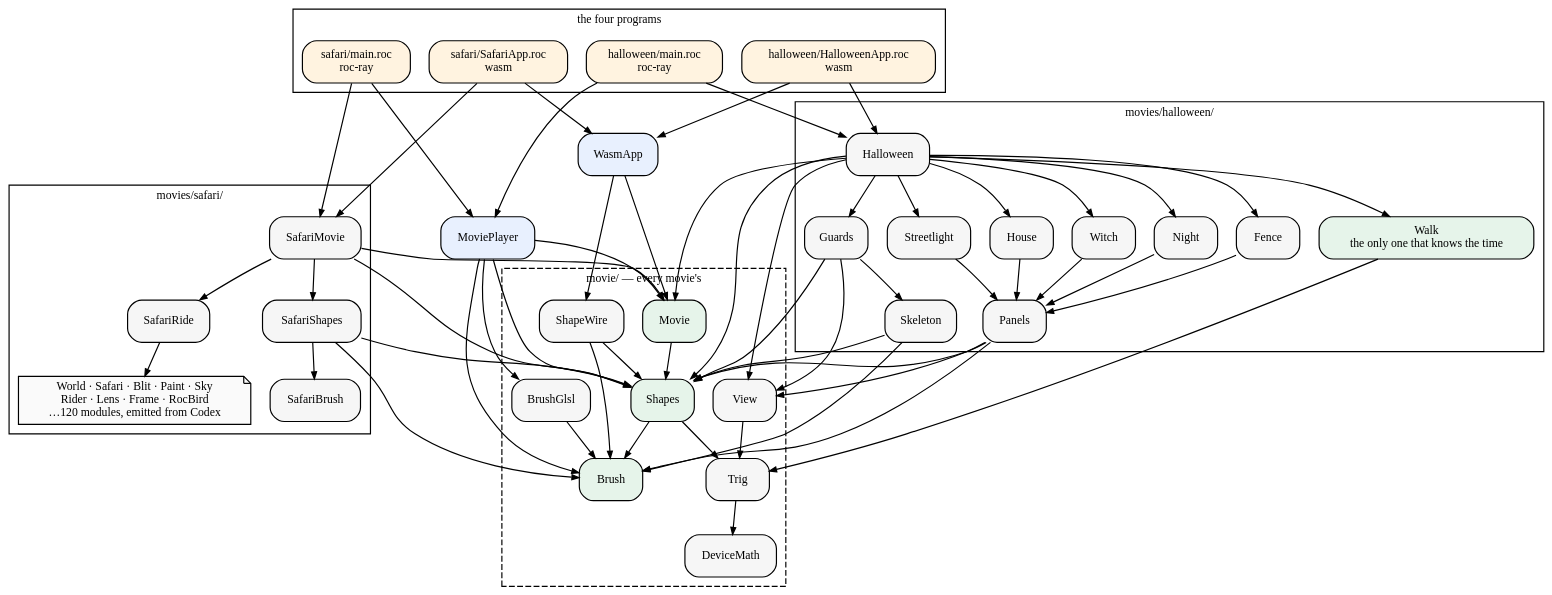
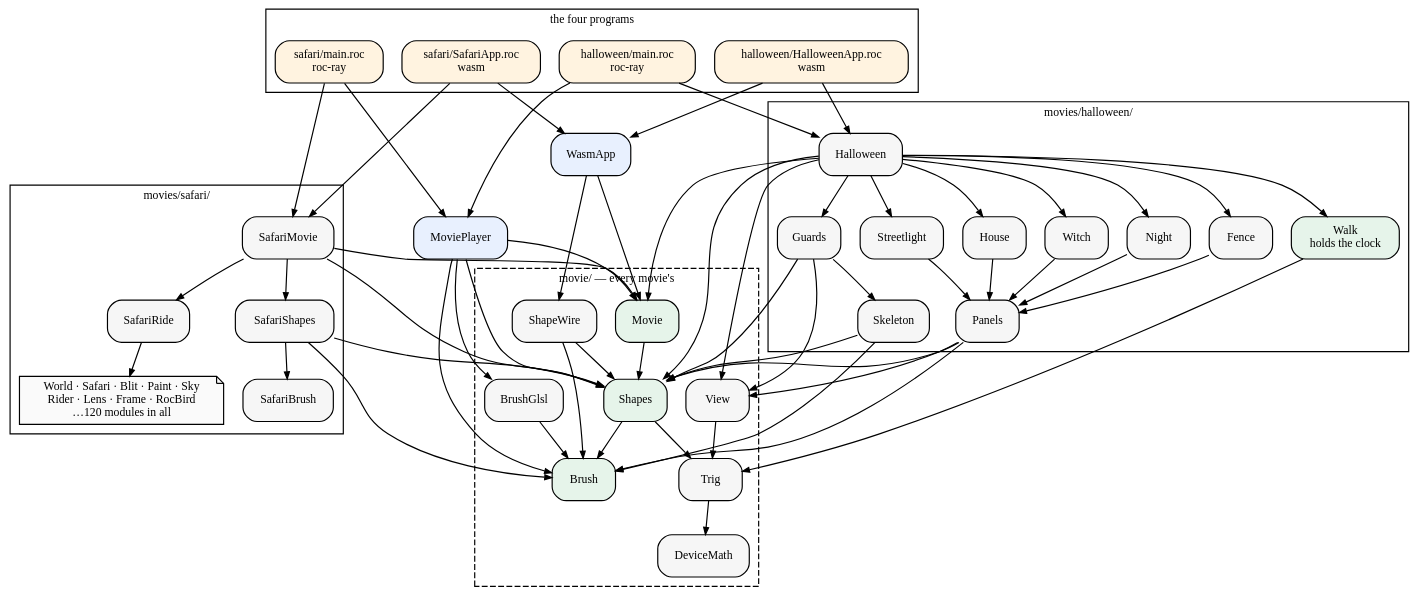
One commit to showell/essay-repl-server changed the third of 5 diagrams in notes/four-movies-one-seam.md. Above: the diagram before and after it, drawn with Graphviz. The commit also changed other lines of this file, not shown here.

````diff
--- a/notes/four-movies-one-seam.md
+++ b/notes/four-movies-one-seam.md
@@ -203,75 +211,75 @@
 ```dot
 digraph deps {
   rankdir=TB; bgcolor="transparent"; compound=true;
   nodesep=0.22; ranksep=0.40;
   node [shape=box, style="rounded,filled", fillcolor="#f6f6f6", color="#999", fontsize=10];
   edge [color="#888", arrowsize=0.6];
 
   subgraph cluster_entry {
     label="the four programs"; color="#ccc"; fontsize=10;
     sray  [label="safari/main.roc\nroc-ray", fillcolor="#fff3e0"];
     swasm [label="safari/SafariApp.roc\nwasm", fillcolor="#fff3e0"];
     hray  [label="halloween/main.roc\nroc-ray", fillcolor="#fff3e0"];
     hwasm [label="halloween/HalloweenApp.roc\nwasm", fillcolor="#fff3e0"];
   }
 
   mp [label="MoviePlayer", fillcolor="#e8f0fe"];
   wa [label="WasmApp", fillcolor="#e8f0fe"];
 
   subgraph cluster_safari {
     label="movies/safari/"; color="#ccc"; fontsize=10;
     smv  [label="SafariMovie"];
     srd  [label="SafariRide"];
     ssh  [label="SafariShapes"];
     sbr  [label="SafariBrush"];
-    rest [label="World · Safari · Blit · Paint · Sky\nRider · Lens · Frame · RocBird\n…120 modules, emitted from Codex", shape=note, fillcolor="#fafafa"];
+    rest [label="World · Safari · Blit · Paint · Sky\nRider · Lens · Frame · RocBird\n…120 modules in all", shape=note, fillcolor="#fafafa"];
   }
 
   subgraph cluster_hw {
     label="movies/halloween/"; color="#ccc"; fontsize=10;
     hw  [label="Halloween"];
-    wk  [label="Walk\nthe only one that knows the time", fillcolor="#e6f4ea"];
+    wk  [label="Walk\nholds the clock", fillcolor="#e6f4ea"];
     ni  [label="Night"];
     fe  [label="Fence"];
     st  [label="Streetlight"];
     ho  [label="House"];
     wi  [label="Witch"];
     gu  [label="Guards"];
     sk  [label="Skeleton"];
     pa  [label="Panels"];
   }
 
   subgraph cluster_common {
     label="movie/ — every movie's"; color="#bbb"; style=dashed; fontsize=10;
     mo  [label="Movie", fillcolor="#e6f4ea"];
     sw  [label="ShapeWire"];
     bg  [label="BrushGlsl"];
     vw  [label="View"];
     sp  [label="Shapes", fillcolor="#e6f4ea"];
     br  [label="Brush", fillcolor="#e6f4ea"];
     tr  [label="Trig"];
     dm  [label="DeviceMath"];
   }
 
   sray -> mp; sray -> smv;
   hray -> mp; hray -> hw;
   swasm -> wa; swasm -> smv;
   hwasm -> wa; hwasm -> hw;
 
   mp -> mo; mp -> sp; mp -> br; mp -> bg;
   wa -> mo; wa -> sw;
 
   smv -> srd; smv -> ssh; smv -> mo; smv -> sp;
   srd -> rest; ssh -> sbr; ssh -> sp; ssh -> br;
 
   hw -> wk; hw -> ni; hw -> fe; hw -> st; hw -> ho; hw -> wi; hw -> gu;
   hw -> mo; hw -> sp; hw -> vw;
   ni -> pa; fe -> pa; st -> pa; ho -> pa; wi -> pa;
   gu -> sk; gu -> vw; gu -> sp;
   pa -> vw; pa -> sp; pa -> br;
   sk -> sp; sk -> br; wk -> tr;
 
   mo -> sp; sw -> sp; sw -> br; bg -> br;
   vw -> tr; sp -> br; sp -> tr; tr -> dm;
 }
 ```
````
